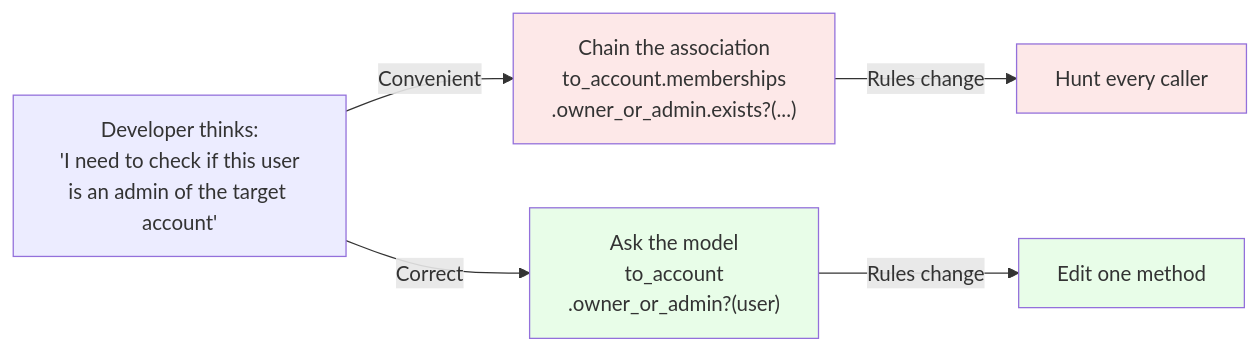
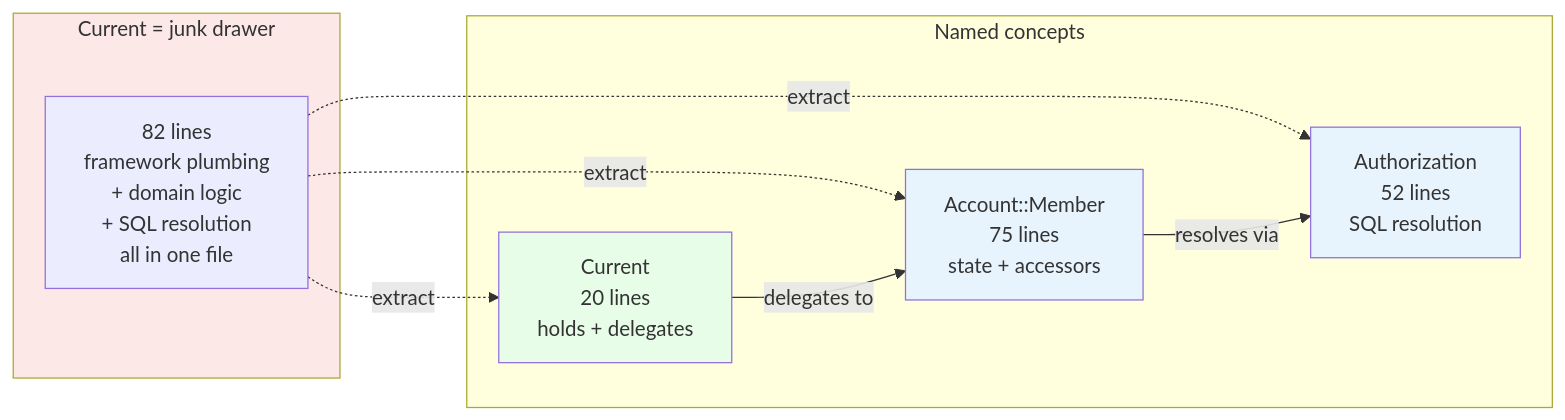
The first of 2 diagrams in README.md (railswhey/app), drawn with Mermaid before and after one commit. The commit also changed other lines of this file and 6 other files, not shown here.

````diff
--- a/README.md
+++ b/README.md
@@ -77,14 +52,23 @@
 ```mermaid
 flowchart LR
-  D["Developer thinks:<br/>'I need to check if this user<br/>is an admin of the target account'"]
-  D -->|"Convenient"| A["Chain the association<br/>to_account.memberships<br/>.owner_or_admin.exists?(...)"]
-  D -->|"Correct"| B["Ask the model<br/>to_account<br/>.owner_or_admin?(user)"]
+  subgraph Before["Current = junk drawer"]
+    JD["82 lines<br/>framework plumbing<br/>+ domain logic<br/>+ SQL resolution<br/>all in one file"]
+  end
 
-  A -->|"Rules change"| C["Hunt every caller"]
-  B -->|"Rules change"| E["Edit one method"]
+  subgraph After["Named concepts"]
+    C["Current<br/>20 lines<br/>holds + delegates"]
+    M["Account::Member<br/>75 lines<br/>state + accessors"]
+    A["Authorization<br/>52 lines<br/>SQL resolution"]
+  end
 
-  style A fill:#fde8e8
-  style B fill:#e8fde8
-  style C fill:#fde8e8
-  style E fill:#e8fde8
+  JD -.->|"extract"| C
+  JD -.->|"extract"| M
+  JD -.->|"extract"| A
+  C -->|"delegates to"| M
+  M -->|"resolves via"| A
+
+  style Before fill:#fde8e8
+  style C fill:#e8fde8
+  style M fill:#e8f4fd
+  style A fill:#e8f4fd
 ```
````
